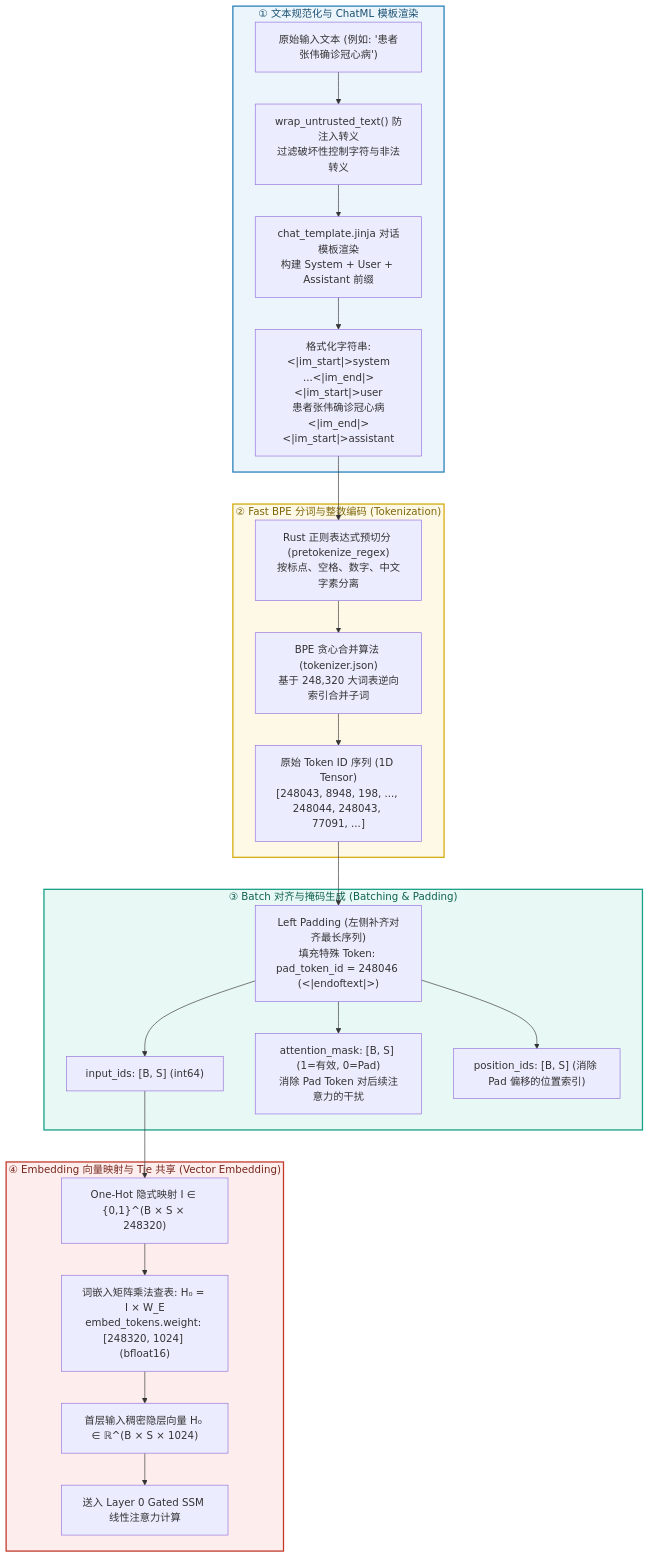
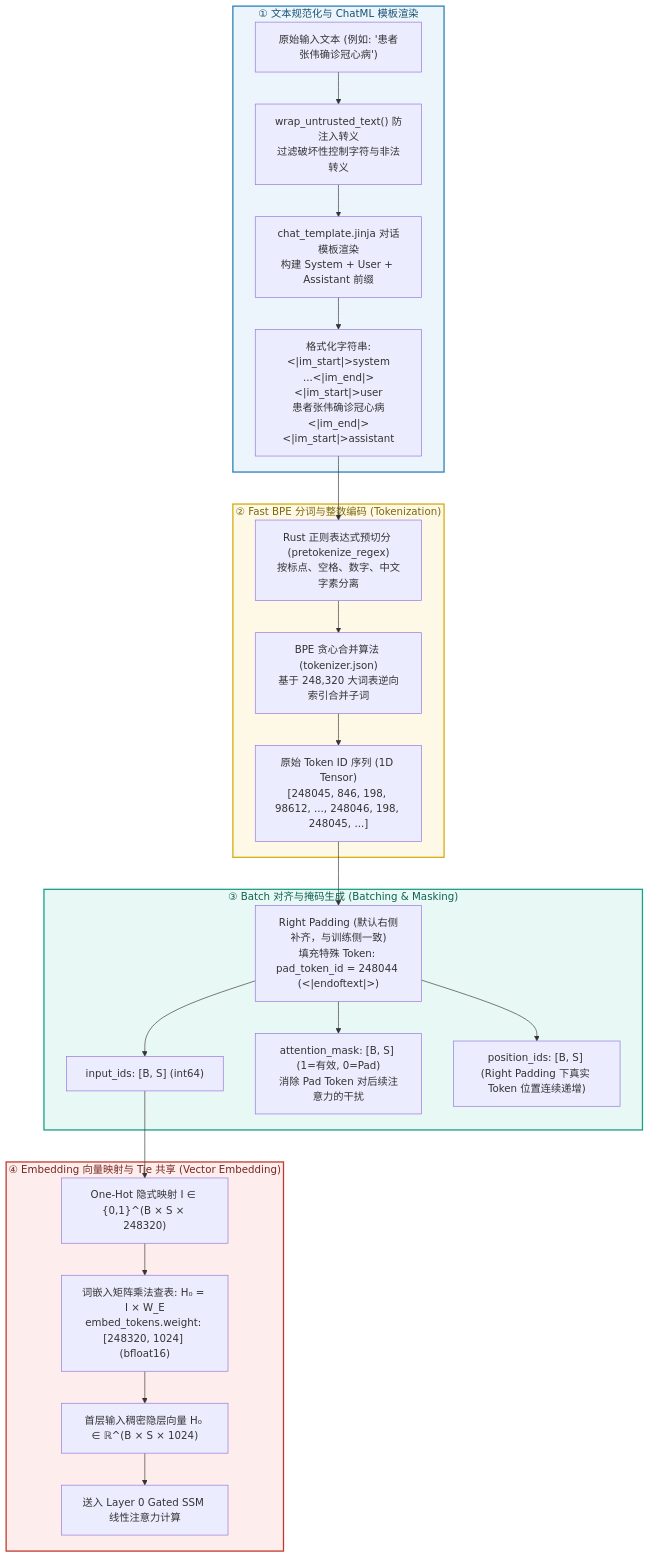
The second of 12 diagrams in docs/llmlora/qwen3_5_0_8b_architecture.md (fengzhizi319/PrivShield), drawn with Mermaid before and after one commit. The commit also changed other lines of this file and 2 other files, not shown here.

Commit message:
docs & test: annotate batch inference logic line-by-line and refine Qwen3.5-0.8B architecture docs

````diff
--- a/docs/llmlora/qwen3_5_0_8b_architecture.md
+++ b/docs/llmlora/qwen3_5_0_8b_architecture.md
@@ -132,38 +139,38 @@
 ```mermaid
 flowchart TD
     subgraph STAGE1["① 文本规范化与 ChatML 模板渲染"]
         RAW_TEXT["原始输入文本 (例如: '患者张伟确诊冠心病')"] --> SANITIZE["wrap_untrusted_text() 防注入转义\n过滤破坏性控制字符与非法转义"]
         SANITIZE --> JINJA["chat_template.jinja 对话模板渲染\n构建 System + User + Assistant 前缀"]
         JINJA --> FORMATTED_STR["格式化字符串:\n<|im_start|>system\n...<|im_end|>\n<|im_start|>user\n患者张伟确诊冠心病<|im_end|>\n<|im_start|>assistant\n"]
     end
 
     subgraph STAGE2["② Fast BPE 分词与整数编码 (Tokenization)"]
         FORMATTED_STR --> REGEX_SPLIT["Rust 正则表达式预切分 (pretokenize_regex)\n按标点、空格、数字、中文字素分离"]
         REGEX_SPLIT --> BPE_MERGE["BPE 贪心合并算法 (tokenizer.json)\n基于 248,320 大词表逆向索引合并子词"]
-        BPE_MERGE --> TOKEN_IDS["原始 Token ID 序列 (1D Tensor)\n[248043, 8948, 198, ..., 248044, 248043, 77091, ...]"]
+        BPE_MERGE --> TOKEN_IDS["原始 Token ID 序列 (1D Tensor)\n[248045, 846, 198, 98612, ..., 248046, 198, 248045, ...]"]
     end
 
-    subgraph STAGE3["③ Batch 对齐与掩码生成 (Batching & Padding)"]
-        TOKEN_IDS --> BATCH_PAD["Left Padding (左侧补齐对齐最长序列)\n填充特殊 Token: pad_token_id = 248046 (<|endoftext|>)"]
+    subgraph STAGE3["③ Batch 对齐与掩码生成 (Batching & Masking)"]
+        TOKEN_IDS --> BATCH_PAD["Right Padding (默认右侧补齐，与训练侧一致)\n填充特殊 Token: pad_token_id = 248044 (<|endoftext|>)"]
         BATCH_PAD --> INPUT_TENSOR["input_ids: [B, S] (int64)"]
         BATCH_PAD --> ATTN_MASK["attention_mask: [B, S] (1=有效, 0=Pad)\n消除 Pad Token 对后续注意力的干扰"]
-        BATCH_PAD --> POS_IDS["position_ids: [B, S] (消除 Pad 偏移的位置索引)"]
+        BATCH_PAD --> POS_IDS["position_ids: [B, S] (Right Padding 下真实 Token 位置连续递增)"]
     end
 
     subgraph STAGE4["④ Embedding 向量映射与 Tie 共享 (Vector Embedding)"]
         INPUT_TENSOR --> ONE_HOT["One-Hot 隐式映射 I ∈ {0,1}^(B × S × 248320)"]
         ONE_HOT --> EMBED_LOOKUP["词嵌入矩阵乘法查表: H₀ = I × W_E\nembed_tokens.weight: [248320, 1024] (bfloat16)"]
         EMBED_LOOKUP --> DENSE_VEC["首层输入稠密隐层向量 H₀ ∈ ℝ^(B × S × 1024)"]
         DENSE_VEC --> L0_INPUT["送入 Layer 0 Gated SSM 线性注意力计算"]
     end
 
     classDef stage1Style fill:#EBF5FB,stroke:#2980B9,stroke-width:2px,color:#1B4F72;
     classDef stage2Style fill:#FEF9E7,stroke:#D4AC0D,stroke-width:2px,color:#7D6608;
     classDef stage3Style fill:#E8F8F5,stroke:#16A085,stroke-width:2px,color:#0E6251;
     classDef stage4Style fill:#FDEDEC,stroke:#C0392B,stroke-width:2px,color:#78281F;
 
     class STAGE1 stage1Style;
     class STAGE2 stage2Style;
     class STAGE3 stage3Style;
     class STAGE4 stage4Style;
 ```
````
